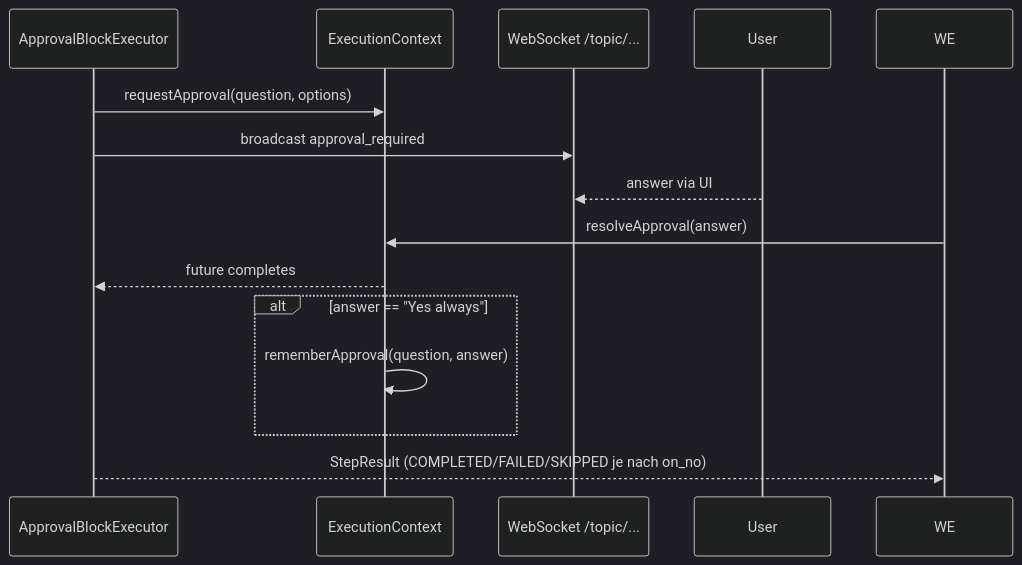
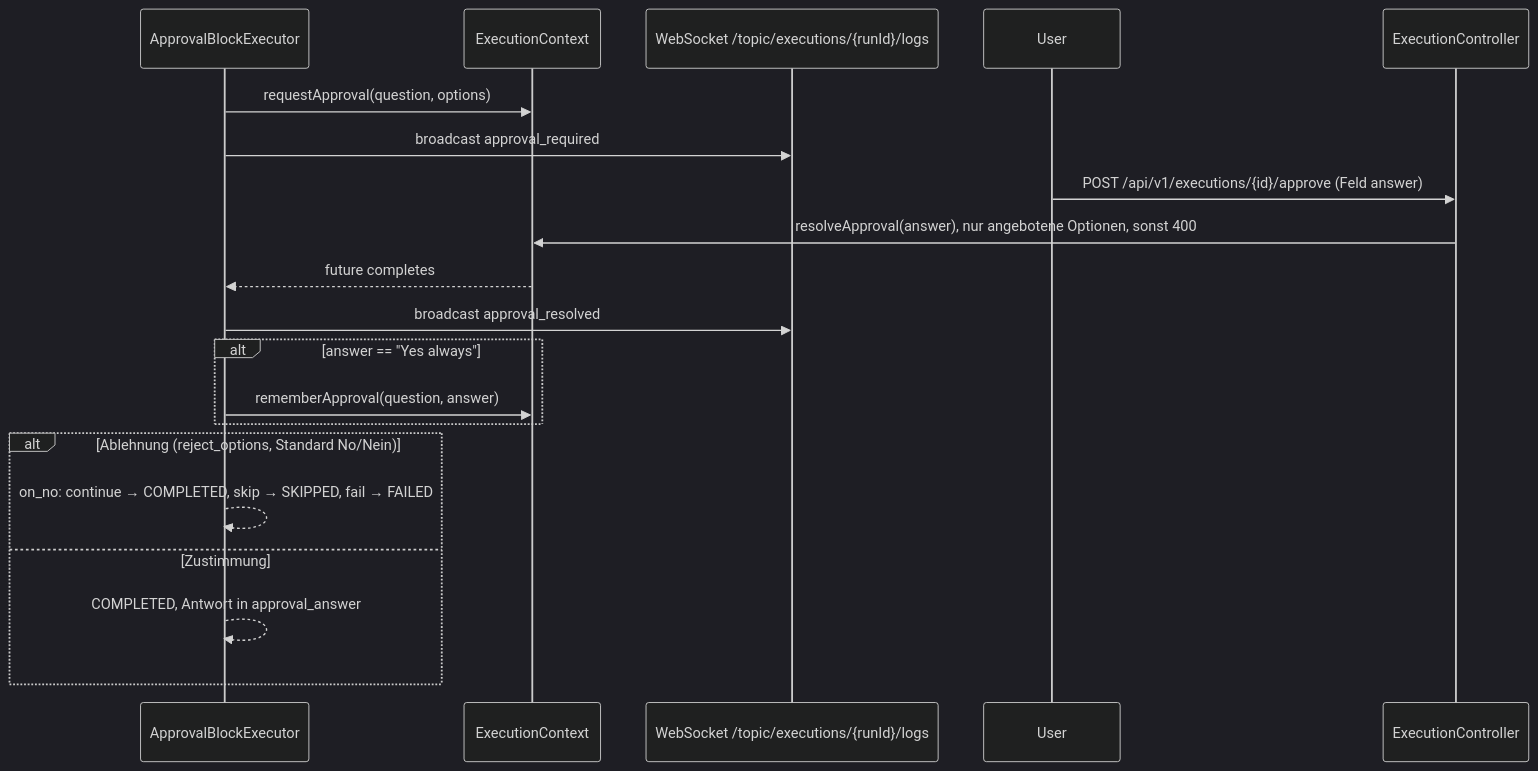
Before and after one commit to FLSEST/MySuricates: the fourth of 4 diagrams in docs/workflow-control-diagrams.md, drawn with Mermaid (dark theme). The commit also changed other lines of this file and 4 other files, not shown here.

First line of the commit message:
docs(diagramme): Control page knows all run statuses and the real approval path

````diff
--- a/docs/workflow-control-diagrams.md
+++ b/docs/workflow-control-diagrams.md
@@ -53,17 +69,23 @@
 ```mermaid
 sequenceDiagram
     participant BE as ApprovalBlockExecutor
     participant CTX as ExecutionContext
-    participant WS as WebSocket /topic/...
+    participant WS as WebSocket /topic/executions/{runId}/logs
     participant USER as User
+    participant API as ExecutionController
 
     BE->>CTX: requestApproval(question, options)
     BE->>WS: broadcast approval_required
-    USER-->>WS: answer via UI
-    WE->>CTX: resolveApproval(answer)
+    USER->>API: POST /api/v1/executions/{id}/approve (Feld answer)
+    API->>CTX: resolveApproval(answer), nur angebotene Optionen, sonst 400
     CTX-->>BE: future completes
+    BE->>WS: broadcast approval_resolved
     alt answer == "Yes always"
-        CTX->>CTX: rememberApproval(question, answer)
+        BE->>CTX: rememberApproval(question, answer)
     end
-    BE-->>WE: StepResult (COMPLETED/FAILED/SKIPPED je nach on_no)
+    alt Ablehnung (reject_options, Standard No/Nein)
+        BE-->>BE: on_no: continue → COMPLETED, skip → SKIPPED, fail → FAILED
+    else Zustimmung
+        BE-->>BE: COMPLETED, Antwort in approval_answer
+    end
 ```
````
